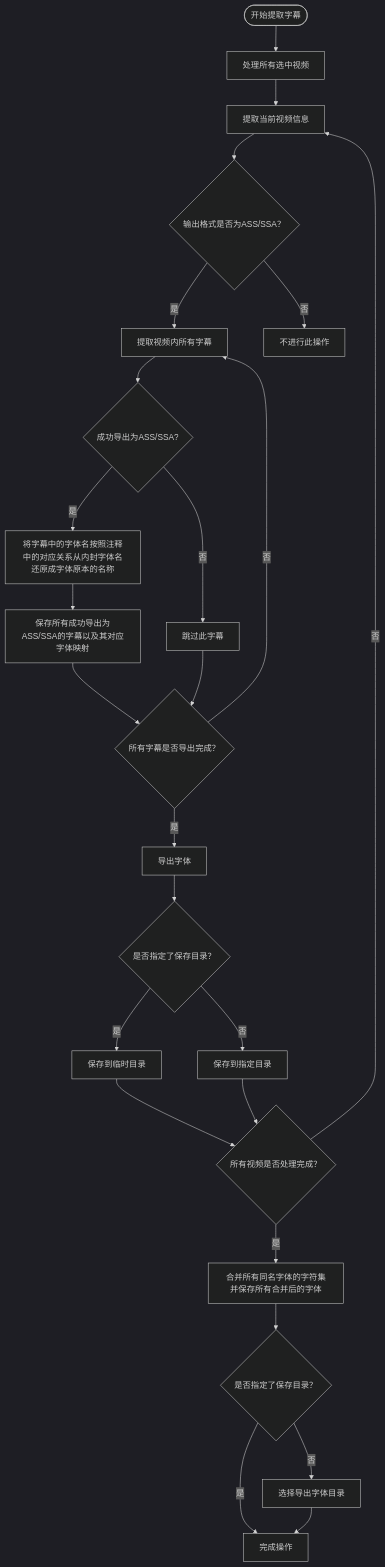
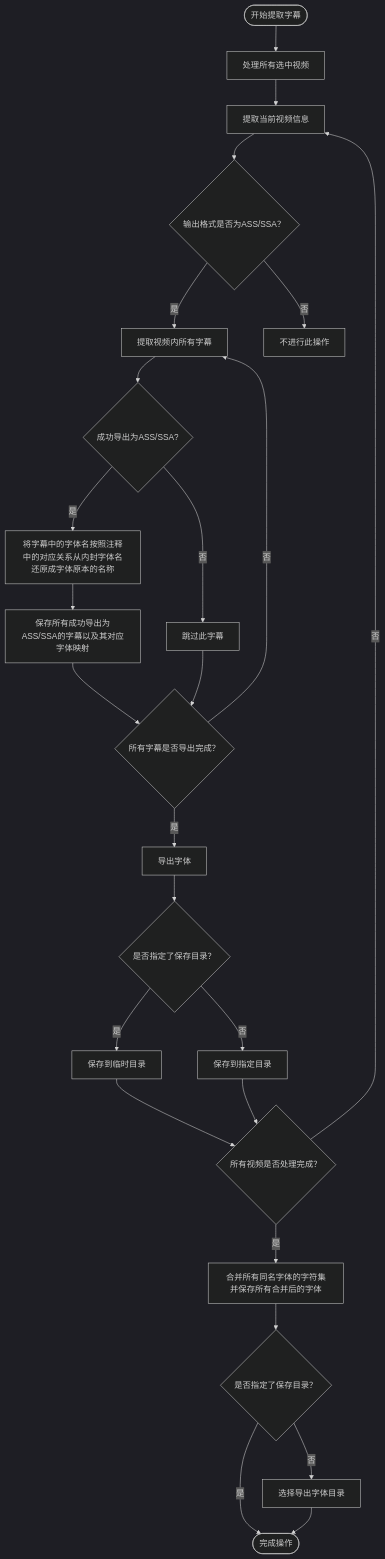
The second of 4 diagrams in README.md (TCBOMC/Subtitle-Exporter), drawn with Mermaid (dark theme) before and after one commit. The commit also changed other lines of this file, not shown here.

````diff
--- a/README.md
+++ b/README.md
@@ -93,32 +93,32 @@
     ```mermaid
     flowchart TD
     A(["开始提取字幕"]) --> B["处理所有选中视频"]
     C{"输出格式是否为ASS/SSA？"} -- 是 --> D["提取视频内所有字幕"]
     C -- 否 --> E["不进行此操作"]
     B --> n1["提取当前视频信息"]
     n1 --> C
     D --> n8["成功导出为ASS/SSA?"]
     n2["保存所有成功导出为ASS/SSA的字幕以及其对应字体映射"] --> n16["所有字幕是否导出完成？"]
     n3["导出字体"] --> n10["是否指定了保存目录？"]
     n5["所有视频是否处理完成？"] -- 是 --> n6["合并所有同名字体的字符集并保存所有合并后的字体"]
     n5 -- 否 --> n1
     n7["将字幕中的字体名按照注释中的对应关系从内封字体名还原成字体原本的名称"] --> n2
     n8 -- 是 --> n7
     n8 -- 否 --> n9["跳过此字幕"]
     n9 --> n16
     n10 -- 是 --> n11["保存到临时目录"]
     n10 -- 否 --> n12["保存到指定目录"]
     n11 --> n5
     n12 --> n5
     n6 --> n13["是否指定了保存目录？"]
-    n13 -- 是 --> n14["完成操作"]
+    n13 -- 是 --> n14(["完成操作"])
     n13 -- 否 --> n15["选择导出字体目录"]
     n15 --> n14
     n16 --是--> n3
     n16 --否--> D
     n8@{ shape: diam}
     n16@{ shape: diam}
     n10@{ shape: diam}
     n5@{ shape: diam}
     n13@{ shape: diam}
     ```
````
